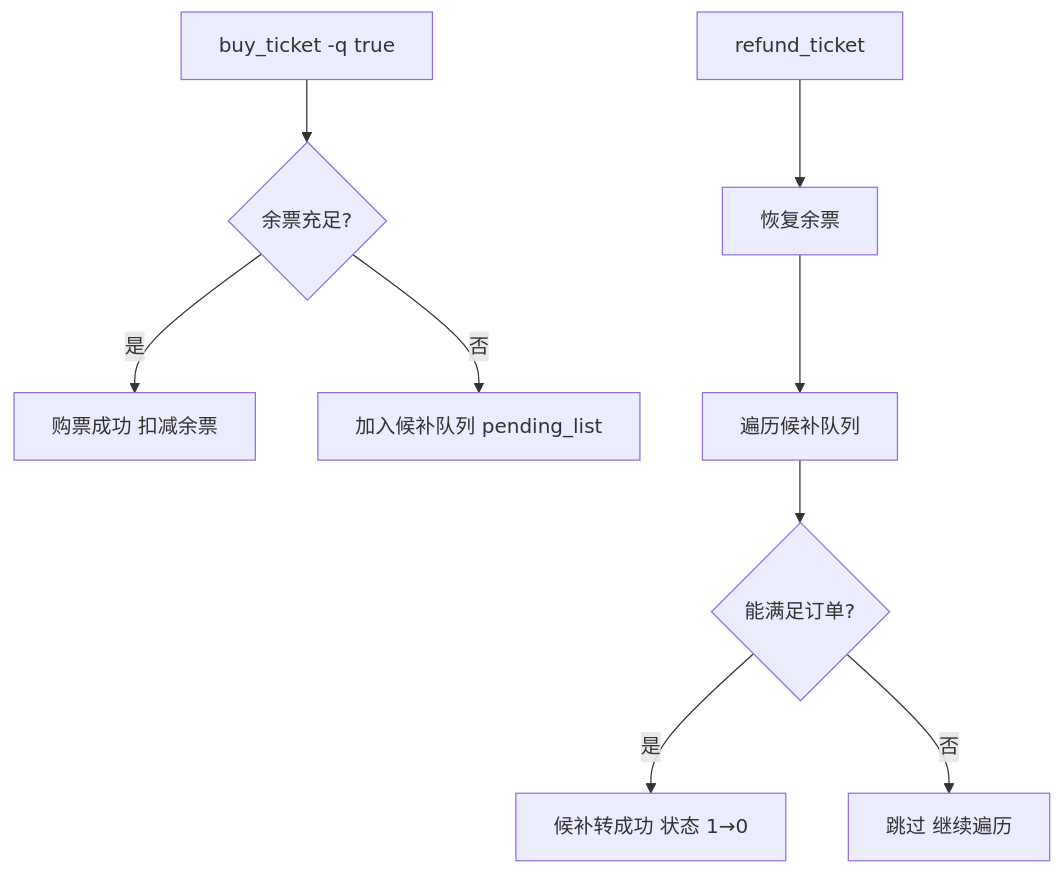
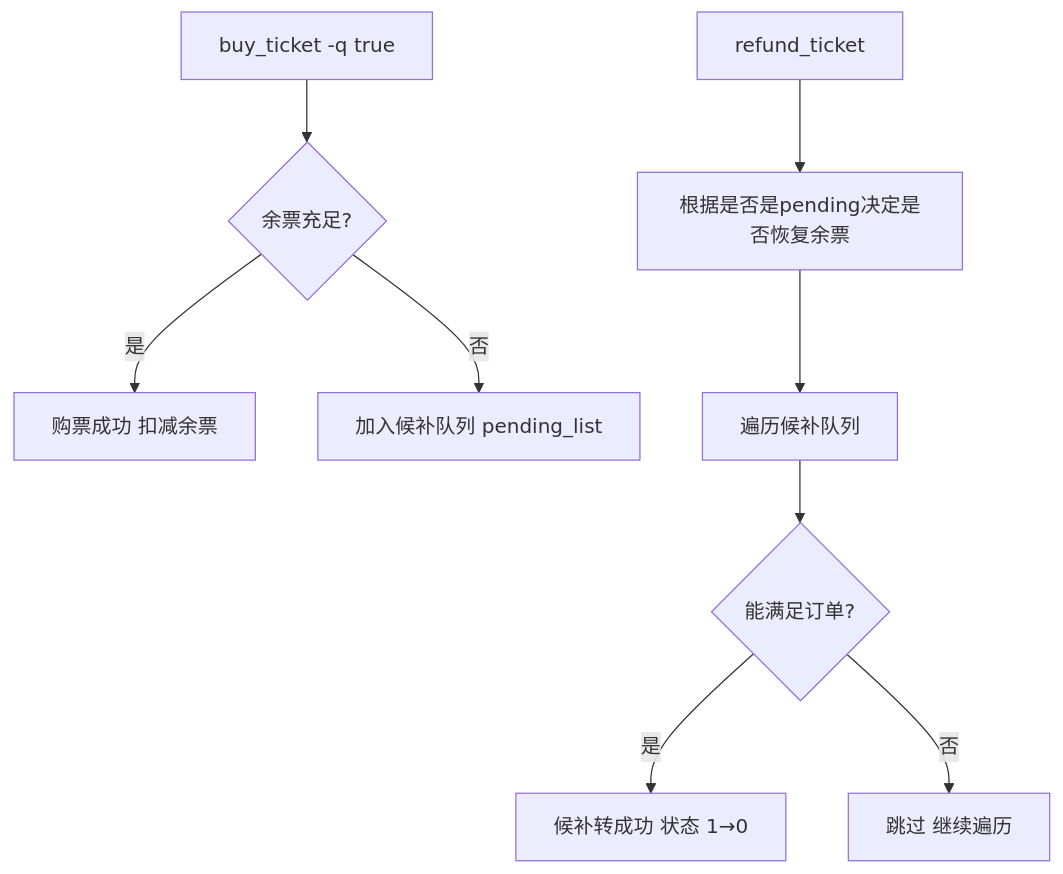
Before and after one commit to JinZiKai3130/Ticket-System-2026: the second of 2 diagrams in README_new.md, drawn with Mermaid. The commit also changed 8 other files, not shown here.

````diff
--- a/README_new.md
+++ b/README_new.md
@@ -202,11 +202,11 @@
 ```mermaid
 flowchart TD
     Buy[buy_ticket -q true] --> Check{余票充足?}
     Check -->|是| Success[购票成功 扣减余票]
     Check -->|否| Pending[加入候补队列 pending_list]
-    Refund[refund_ticket] --> Inc[恢复余票]
+    Refund[refund_ticket] --> Inc[根据是否是pending决定是否恢复余票]
     Inc --> Process[遍历候补队列]
     Process --> CheckP{能满足订单?}
     CheckP -->|是| Convert[候补转成功 状态 1→0]
     CheckP -->|否| Skip[跳过 继续遍历]
 ```
````
